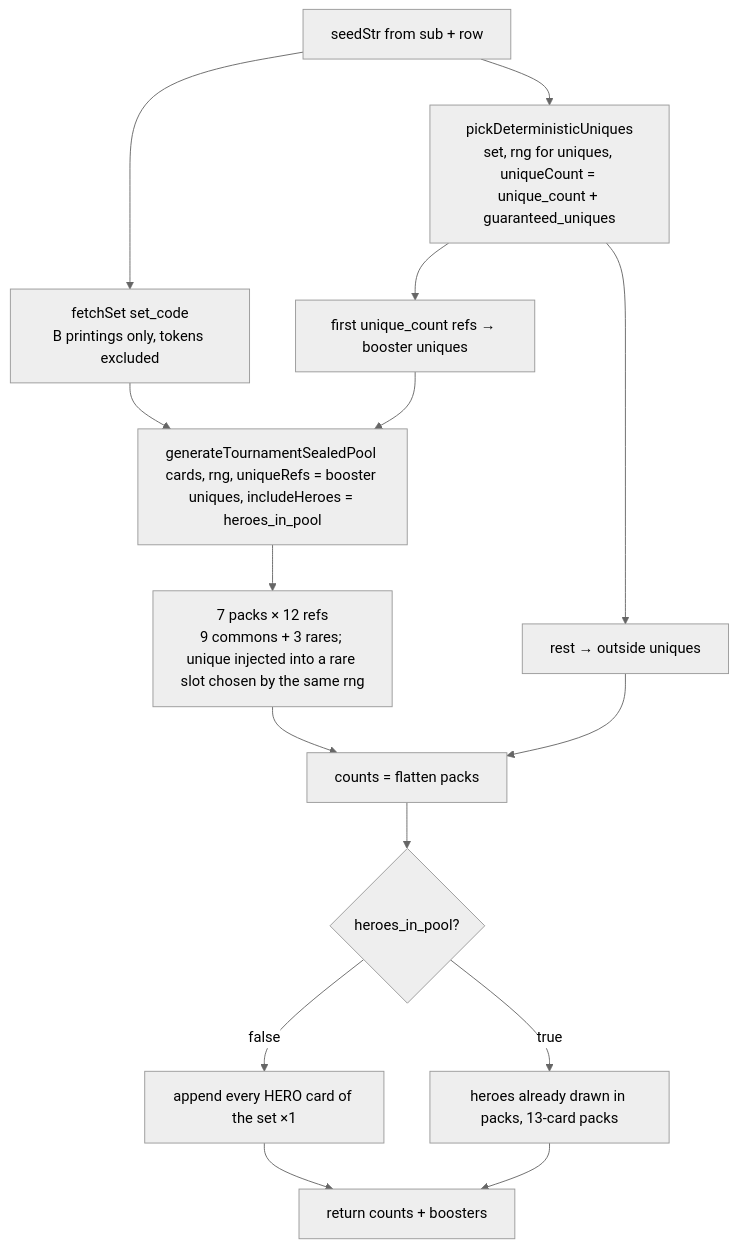
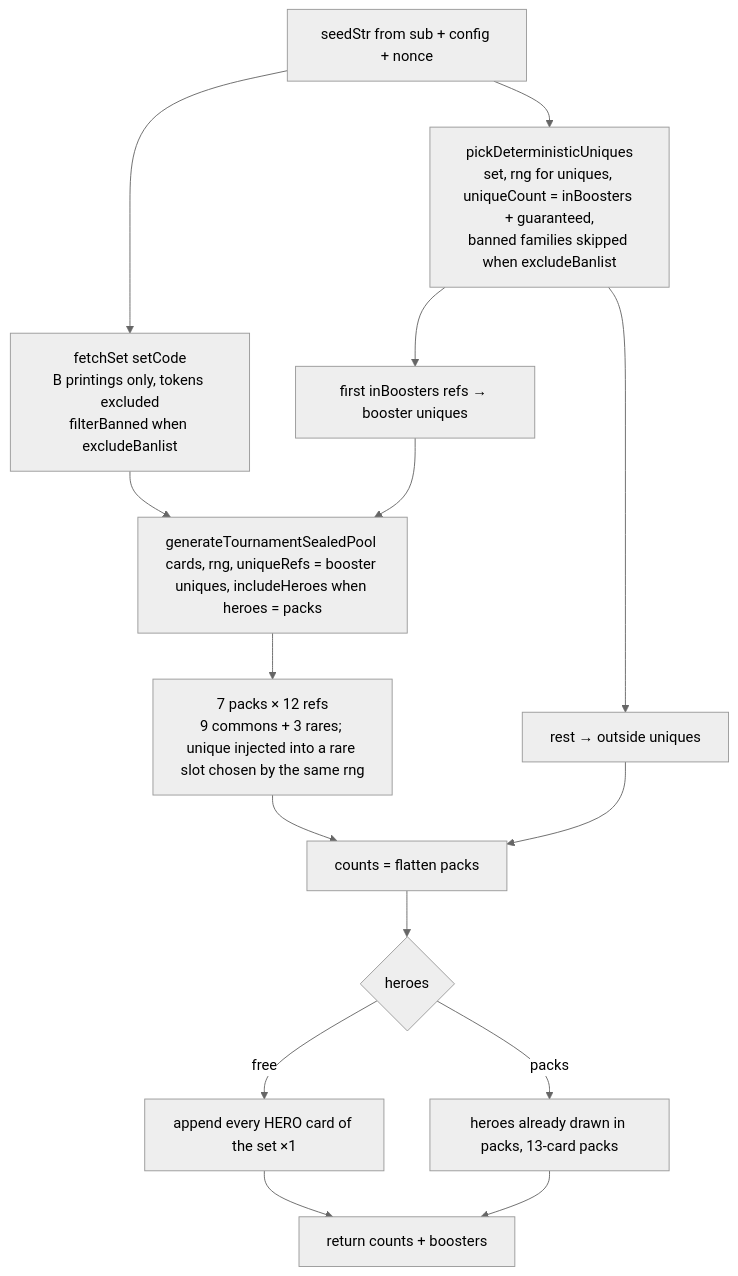
The fifth of 7 diagrams in docs/tournaments/README.md (Altered-Re-Union/altered-draft), drawn with Mermaid (neutral theme) before and after one commit. The commit also changed other lines of this file and 3 other files, not shown here.

````diff
--- a/docs/tournaments/README.md
+++ b/docs/tournaments/README.md
@@ -362,17 +406,17 @@
 ```mermaid
 flowchart TD
-  A[seedStr from sub + row] --> U[pickDeterministicUniques<br/>set, rng for uniques, uniqueCount = unique_count + guaranteed_uniques]
-  U --> U1[first unique_count refs → booster uniques]
+  A[seedStr from sub + config + nonce] --> U[pickDeterministicUniques<br/>set, rng for uniques, uniqueCount = inBoosters + guaranteed,<br/>banned families skipped when excludeBanlist]
+  U --> U1[first inBoosters refs → booster uniques]
   U --> U2[rest → outside uniques]
-  A --> S[fetchSet set_code<br/>B printings only, tokens excluded]
-  S --> G[generateTournamentSealedPool cards, rng, uniqueRefs = booster uniques, includeHeroes = heroes_in_pool]
+  A --> S[fetchSet setCode<br/>B printings only, tokens excluded<br/>filterBanned when excludeBanlist]
+  S --> G[generateTournamentSealedPool cards, rng, uniqueRefs = booster uniques, includeHeroes when heroes = packs]
   U1 --> G
   G --> P[7 packs × 12 refs<br/>9 commons + 3 rares; unique injected into a rare slot chosen by the same rng]
   P --> C[counts = flatten packs]
   U2 --> C
-  C --> H{heroes_in_pool?}
-  H -- false --> H1[append every HERO card of the set ×1]
-  H -- true --> H2[heroes already drawn in packs, 13-card packs]
+  C --> H{heroes}
+  H -- free --> H1[append every HERO card of the set ×1]
+  H -- packs --> H2[heroes already drawn in packs, 13-card packs]
   H1 --> R[return counts + boosters]
   H2 --> R
 ```
````
